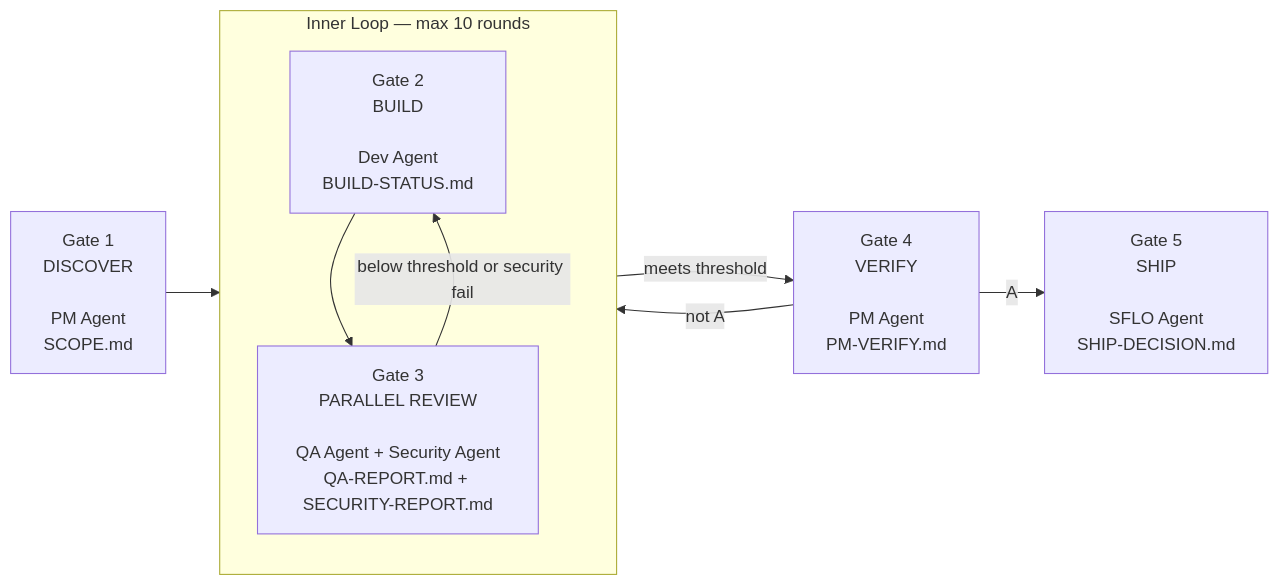
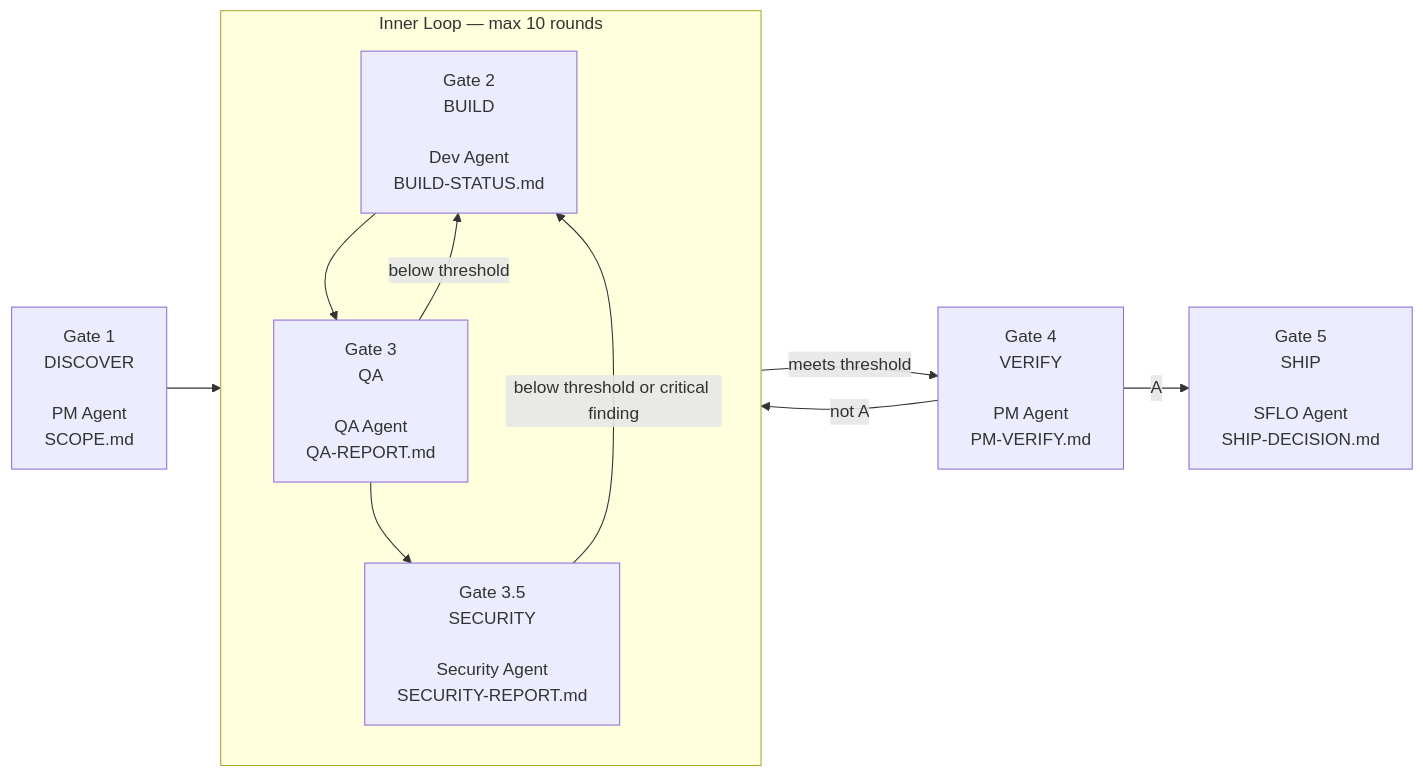
One commit to simonasrazm/simon-factory-lights-out changed the first of 2 diagrams in README.md. Above: the diagram before and after it, drawn with Mermaid. The commit also changed other lines of this file and 2 other files, not shown here.

````diff
--- a/README.md
+++ b/README.md
@@ -5,14 +5,16 @@
 ```mermaid
 flowchart LR
     G1["Gate 1<br/>DISCOVER<br/><br/>PM Agent<br/>SCOPE.md"] --> DEV_QA
 
     subgraph DEV_QA ["Inner Loop — max 10 rounds"]
         direction TB
-        G2["Gate 2<br/>BUILD<br/><br/>Dev Agent<br/>BUILD-STATUS.md"] --> G3["Gate 3<br/>PARALLEL REVIEW<br/><br/>QA Agent + Security Agent<br/>QA-REPORT.md + SECURITY-REPORT.md"]
-        G3 -- "below threshold or security fail" --> G2
+        G2["Gate 2<br/>BUILD<br/><br/>Dev Agent<br/>BUILD-STATUS.md"] --> G3["Gate 3<br/>QA<br/><br/>QA Agent<br/>QA-REPORT.md"]
+        G3 --> G35["Gate 3.5<br/>SECURITY<br/><br/>Security Agent<br/>SECURITY-REPORT.md"]
+        G3 -- "below threshold" --> G2
+        G35 -- "below threshold or critical finding" --> G2
     end
 
-    DEV_QA -- "meets threshold" --> G4["Gate 4<br/>VERIFY<br/><br/>PM Agent<br/>PM-VERIFY.md"]
+    G35 -- "meets threshold" --> G4["Gate 4<br/>VERIFY<br/><br/>PM Agent<br/>PM-VERIFY.md"]
     G4 -- "not A" --> DEV_QA
     G4 -- "A" --> G5["Gate 5<br/>SHIP<br/><br/>SFLO Agent<br/>SHIP-DECISION.md"]
 ```
````
